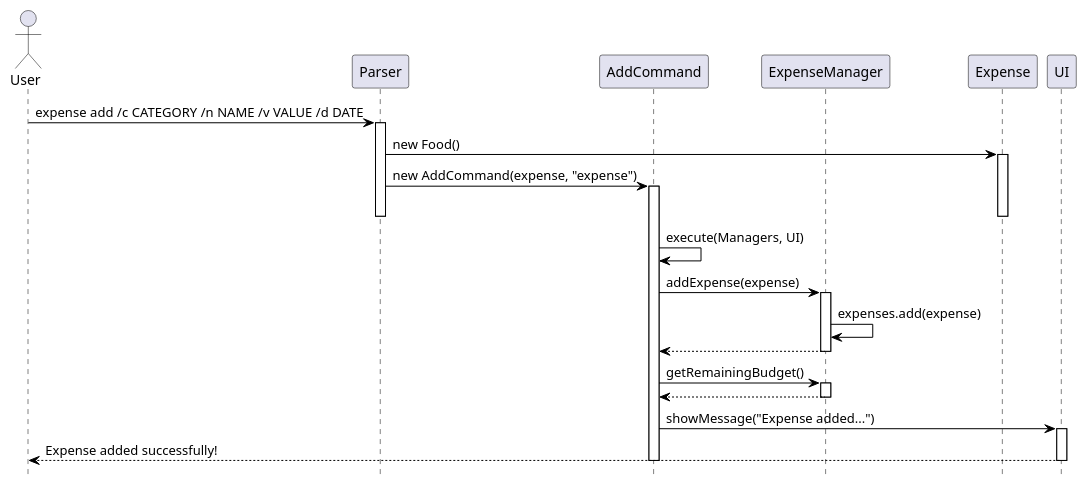
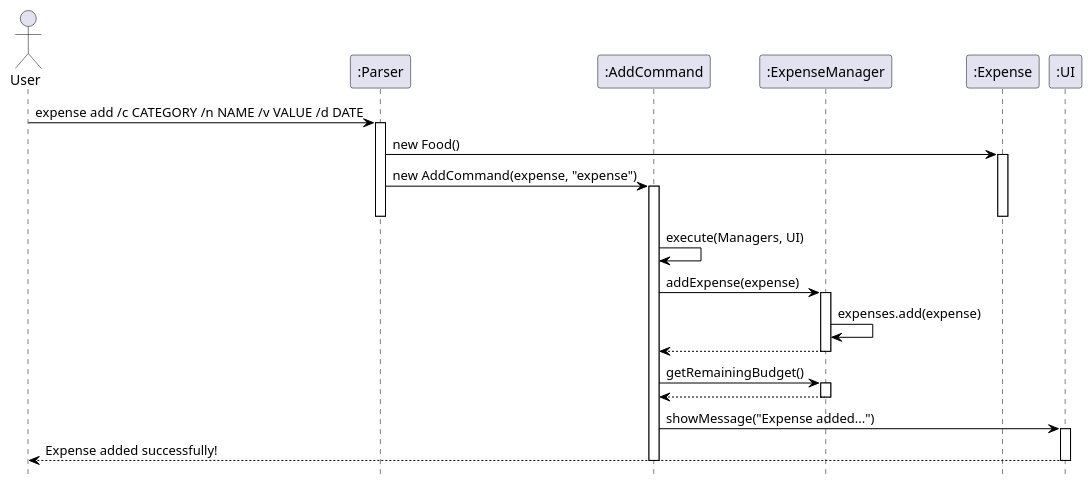
The diagram in docs/Diagrams/AddExpenseSequenceDiagram.puml (KanakornMek/tp), drawn with PlantUML before and after one commit. The commit also changed 5 other files, not shown here.

Commit message:
include colon before class names for ExpenseManager Sequence Diagrams

```diff
--- a/docs/Diagrams/AddExpenseSequenceDiagram.puml
+++ b/docs/Diagrams/AddExpenseSequenceDiagram.puml
@@ -1,49 +1,49 @@
 @startuml Add Expense Sequence Diagram
 ' Define skin settings for better appearance
 skinparam sequence {
     ArrowColor Black
     ActorBorderColor Black
     ParticipantBorderColor Black
     LifeLineBorderColor Black
 }
 hide footbox
 
 actor User
-participant "Parser" as Parser
-participant "AddCommand" as AddCmd
-participant "ExpenseManager" as EM
-participant "Expense" as Expense
-participant "UI" as UI
+participant ":Parser" as Parser
+participant ":AddCommand" as AddCmd
+participant ":ExpenseManager" as EM
+participant ":Expense" as Expense
+participant ":UI" as UI
 
 User -> Parser: expense add /c CATEGORY /n NAME /v VALUE /d DATE
 activate Parser
 
 Parser -> Expense: new Food()
 activate Expense
 Parser -> AddCmd: new AddCommand(expense, "expense")
 activate AddCmd
 deactivate Expense
 deactivate Parser
 
 AddCmd -> AddCmd: execute(Managers, UI)
 AddCmd -> EM: addExpense(expense)
 activate EM
 
 EM -> EM: expenses.add(expense)
 EM --> AddCmd
 
 deactivate EM
 
 AddCmd -> EM: getRemainingBudget()
 activate EM
 EM --> AddCmd
 deactivate EM
 
 AddCmd -> UI: showMessage("Expense added...")
 activate UI
 UI --> User: Expense added successfully!
 deactivate UI
 
 deactivate AddCmd
 
 @enduml
```
